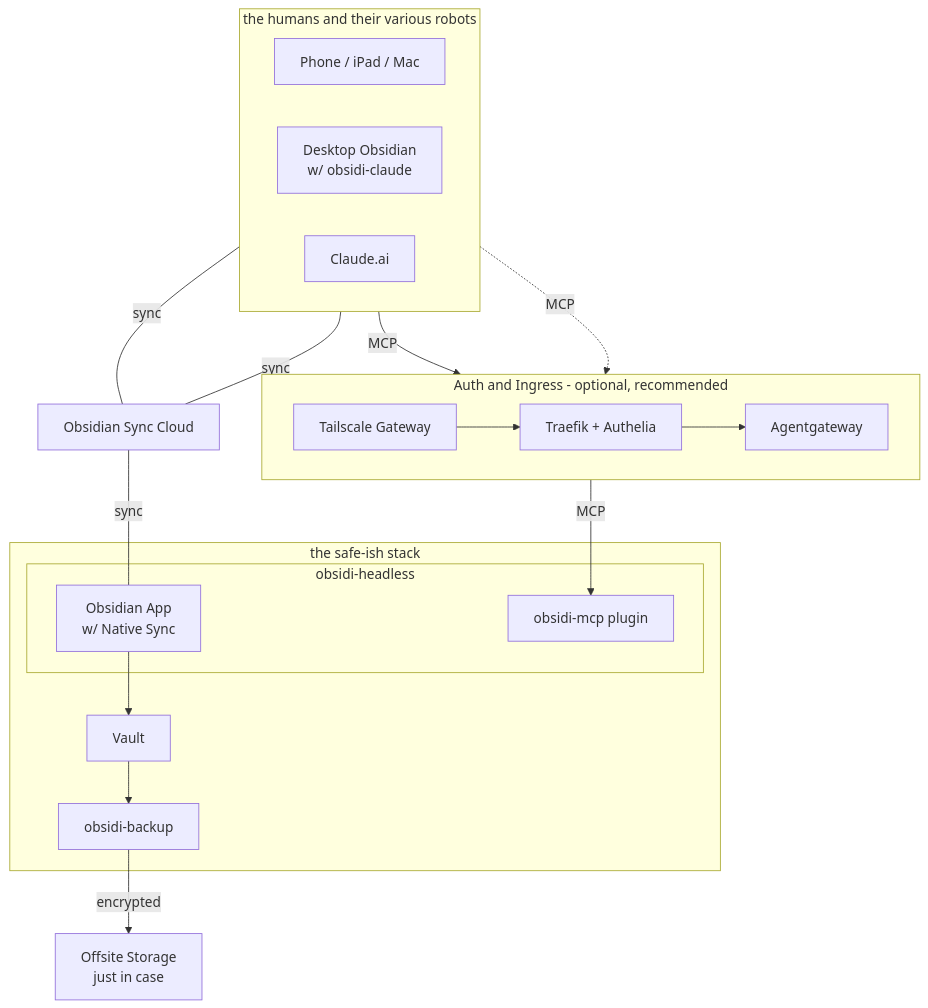
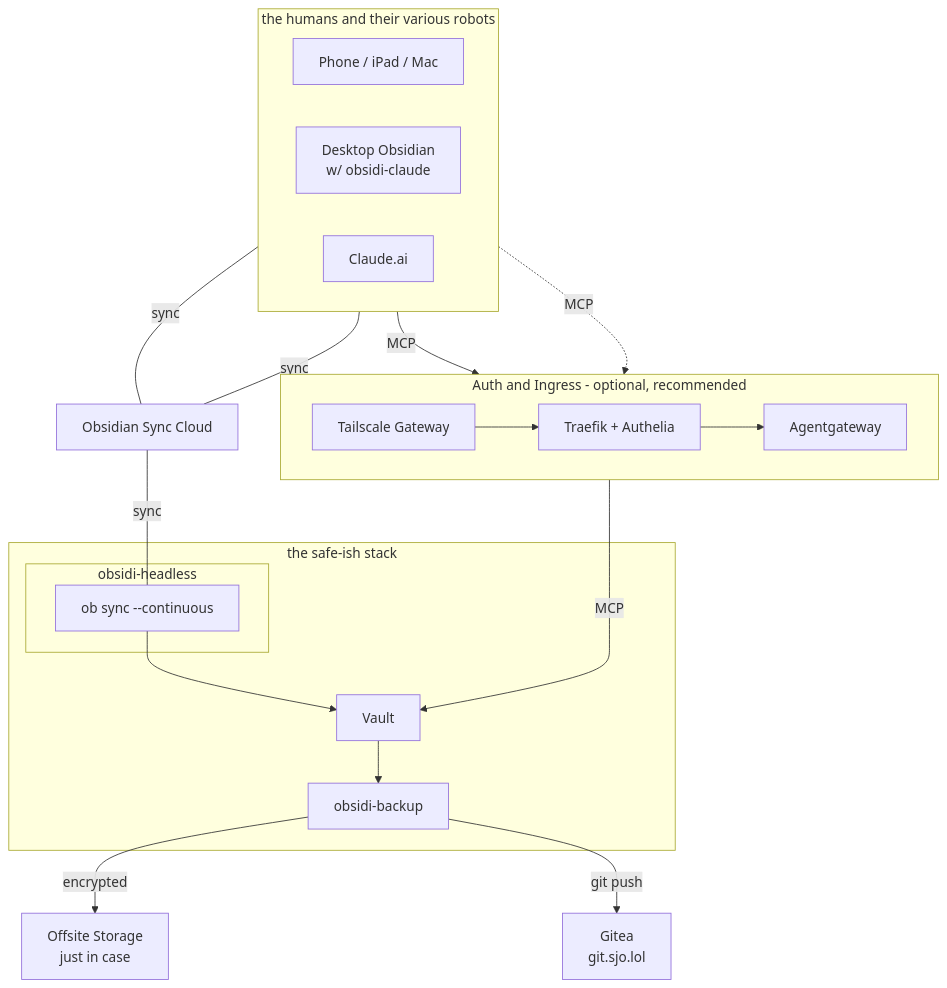
The first of 5 diagrams in docs/architecture.md (cameronsjo/obaass), drawn with Mermaid before and after one commit. The commit also changed other lines of this file and 2 other files, not shown here.

First line of the commit message:
feat: update stack for headless migration and git remote push

````diff
--- a/docs/architecture.md
+++ b/docs/architecture.md
@@ -11,42 +11,43 @@
 ```mermaid
 graph TB
     subgraph clients["the humans and their various robots"]
         direction LR
         phone["Phone / iPad / Mac"]
         desktop["Desktop Obsidian<br/>w/ obsidi-claude"]
         claude_ai["Claude.ai"]
     end
 
     sync_cloud["Obsidian Sync Cloud"]
 
     subgraph auth["Auth and Ingress - optional, recommended"]
         direction LR
         ts["Tailscale Gateway"]
         proxy["Traefik + Authelia"]
         agw["Agentgateway"]
         ts --> proxy --> agw
     end
 
     subgraph server["the safe-ish stack"]
         subgraph headless["obsidi-headless"]
-            obs_app["Obsidian App<br/>w/ Native Sync"]
-            obs_mcp["obsidi-mcp plugin"]
+            ob_sync["ob sync --continuous"]
         end
         backup["obsidi-backup"]
         vault["Vault"]
     end
 
     offsite["Offsite Storage<br/>just in case"]
+    gitea["Gitea<br/>git.sjo.lol"]
 
     phone ---|sync| sync_cloud
     desktop ---|sync| sync_cloud
-    sync_cloud ---|sync| obs_app
+    sync_cloud ---|sync| ob_sync
 
     claude_ai -- MCP --> ts
     desktop -. MCP .-> proxy
-    agw -- MCP --> obs_mcp
+    agw -- MCP --> vault
 
-    obs_app --> vault
+    ob_sync --> vault
     vault --> backup
     backup -- encrypted --> offsite
+    backup -- git push --> gitea
 ```
````
